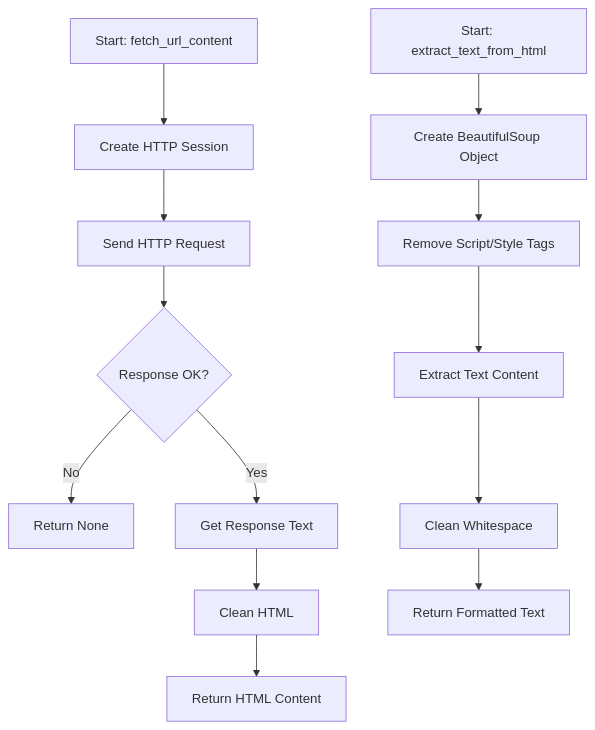
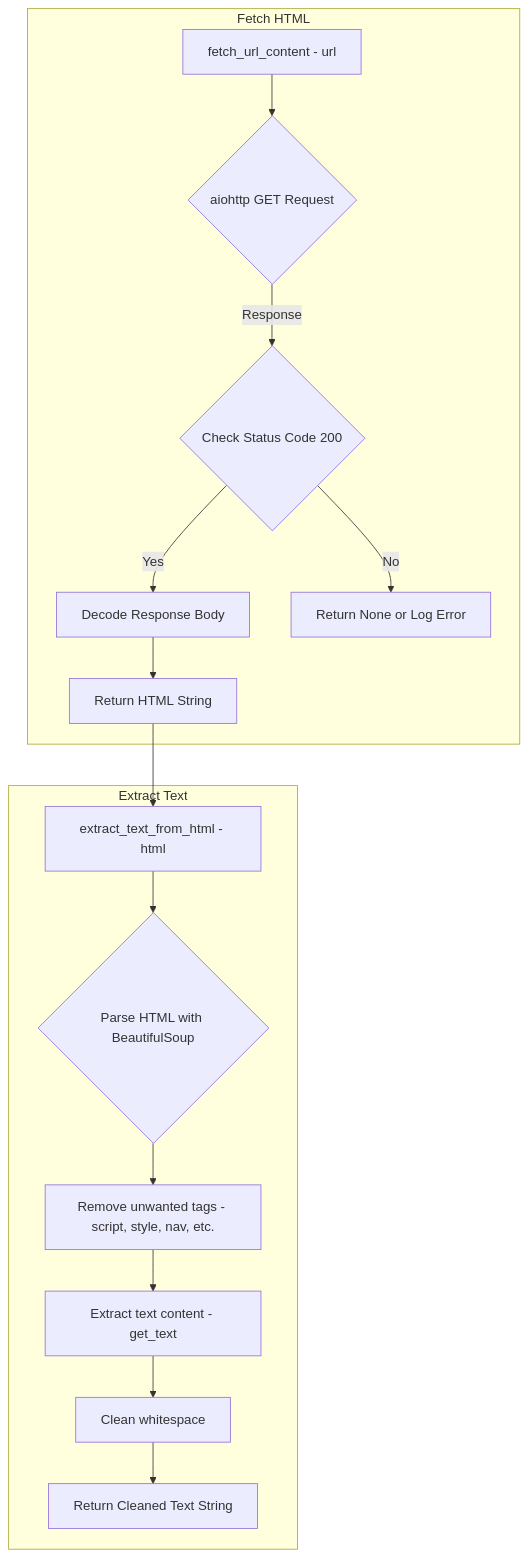
Before and after one commit to Ollama-Agent-Roll-Cage/oarc-crawlers: diagram 19 of 25 in docs/Crawlers.md, drawn with Mermaid. The commit also changed other lines of this file and 9 other files, not shown here.

````diff
--- a/docs/Crawlers.md
+++ b/docs/Crawlers.md
@@ -614,16 +642,20 @@
 ```mermaid
-flowchart TD
-    A[Start: fetch_url_content] --> B[Create HTTP Session]
-    B --> C[Send HTTP Request]
-    C --> D{Response OK?}
-    D -->|No| E[Return None]
-    D -->|Yes| F[Get Response Text]
-    F --> G[Clean HTML]
-    G --> H[Return HTML Content]
-    
-    I[Start: extract_text_from_html] --> J[Create BeautifulSoup Object]
-    J --> K[Remove Script/Style Tags]
-    K --> L[Extract Text Content]
-    L --> M[Clean Whitespace]
-    M --> N[Return Formatted Text]
+graph TD
+    subgraph Fetching_HTML [Fetch HTML]
+        A[fetch_url_content - url] --> B{aiohttp GET Request}
+        B -- Response --> C{Check Status Code 200}
+        C -- Yes --> D[Decode Response Body]
+        C -- No --> E[Return None or Log Error]
+        D --> F[Return HTML String]
+    end
+
+    subgraph Extraction [Extract Text]
+        G[extract_text_from_html - html] --> H{Parse HTML with BeautifulSoup}
+        H --> I[Remove unwanted tags - script, style, nav, etc.]
+        I --> J[Extract text content - get_text]
+        J --> K[Clean whitespace]
+        K --> L[Return Cleaned Text String]
+    end
+
+    F --> G
 ```
````
